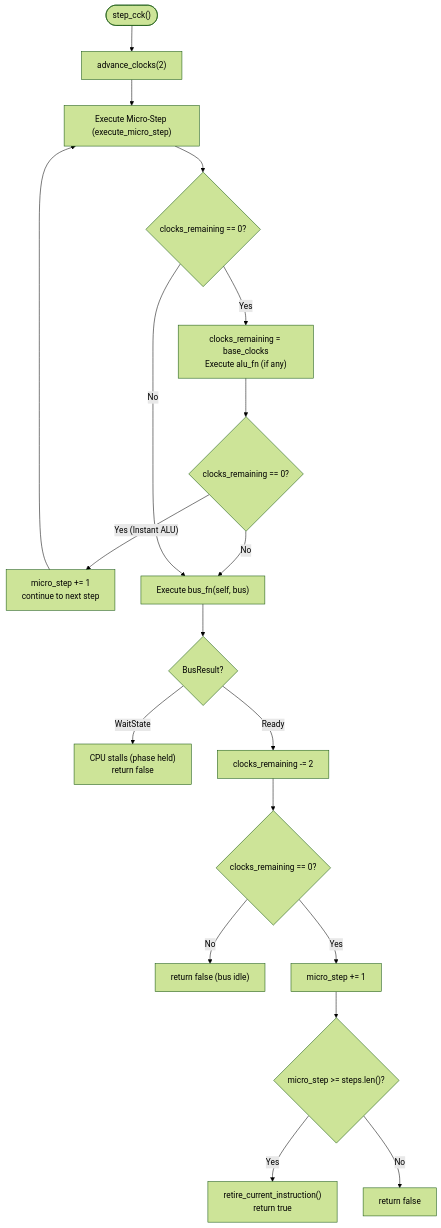
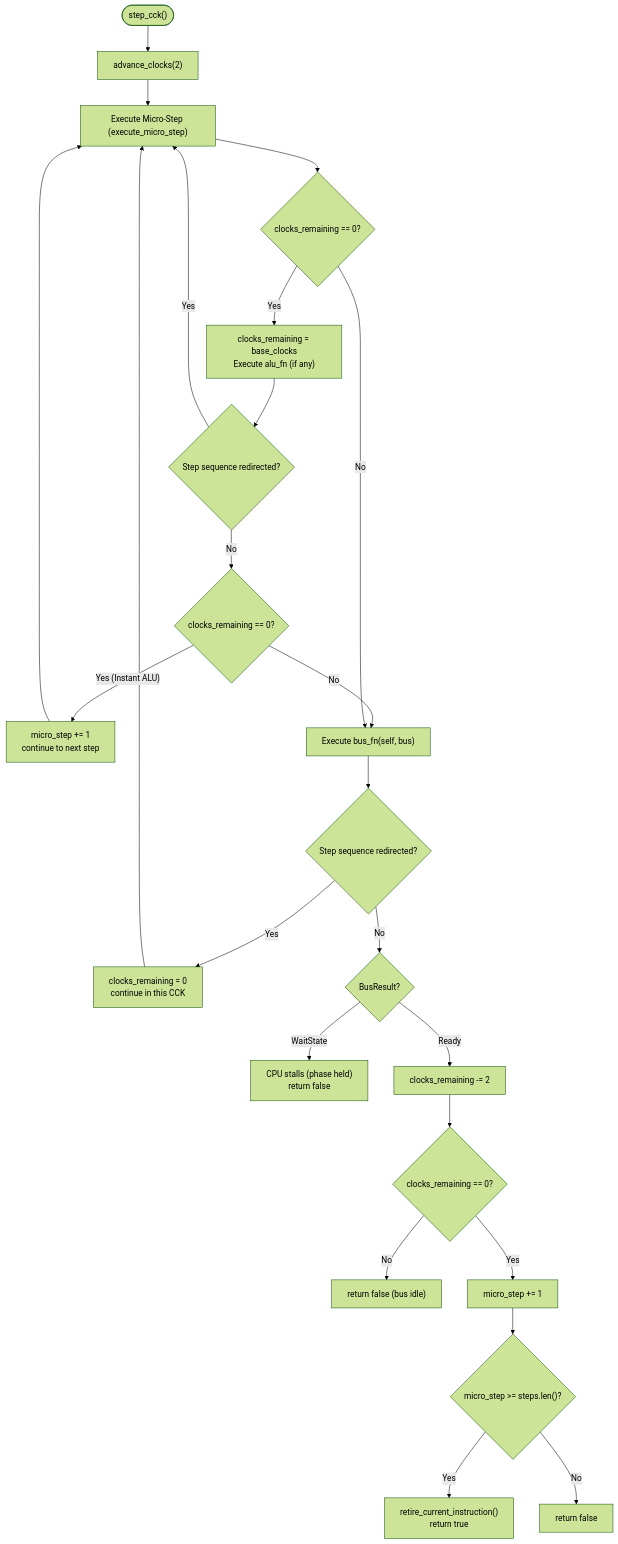
The fourth of 4 diagrams in Obsidian/Amiga/Design/CPU Micro-Step State Machine.md (tomek-anuszkiewicz/amiga-studio), drawn with Mermaid (forest theme) before and after one commit. The commit also changed other lines of this file and 28 other files, not shown here.

````diff
--- a/Obsidian/Amiga/Design/CPU Micro-Step State Machine.md
+++ b/Obsidian/Amiga/Design/CPU Micro-Step State Machine.md
@@ -599,23 +599,27 @@
 ```mermaid
 flowchart TD
     Start(["step_cck()"]) --> Adv["advance_clocks(2)"]
     Adv --> CheckSeq["Execute Micro-Step (execute_micro_step)"]
     
     CheckSeq --> InitCheck{"clocks_remaining == 0?"}
-    InitCheck -- Yes --> Init["clocks_remaining = base_clocks<br/>Execute alu_fn (if any)"] --> InstCheck{"clocks_remaining == 0?"}
+    InitCheck -- Yes --> Init["clocks_remaining = base_clocks<br/>Execute alu_fn (if any)"] --> AluRedirect{"Step sequence redirected?"}
+    AluRedirect -- Yes --> CheckSeq
+    AluRedirect -- No --> InstCheck{"clocks_remaining == 0?"}
     InstCheck -- Yes (Instant ALU) --> InstExec["micro_step += 1<br/>continue to next step"] --> CheckSeq
     InstCheck -- No --> ExecStep["Execute bus_fn(self, bus)"]
     InitCheck -- No --> ExecStep
     
-    ExecStep --> BusRes{"BusResult?"}
+    ExecStep --> BusRedirect{"Step sequence redirected?"}
+    BusRedirect -- Yes --> Redirect["clocks_remaining = 0<br/>continue in this CCK"] --> CheckSeq
+    BusRedirect -- No --> BusRes{"BusResult?"}
     BusRes -- WaitState --> Stall["CPU stalls (phase held)<br/>return false"]
     BusRes -- Ready --> Dec["clocks_remaining -= 2"]
     
     Dec --> DoneCheck{"clocks_remaining == 0?"}
     DoneCheck -- No --> Hold["return false (bus idle)"]
     DoneCheck -- Yes --> Next["micro_step += 1"]
     
     Next --> RetCheck{"micro_step >= steps.len()?"}
     RetCheck -- Yes --> Retire["retire_current_instruction()<br/>return true"]
     RetCheck -- No --> RetFalse["return false"]
 ```
````
